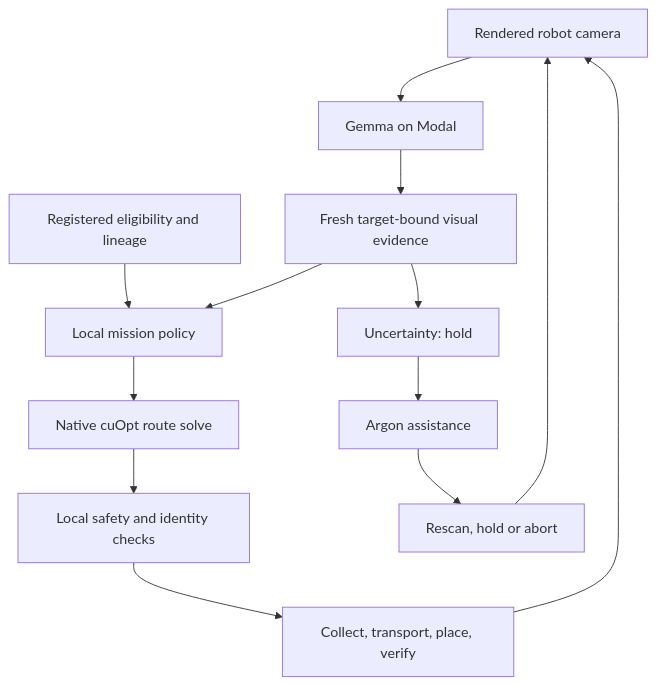
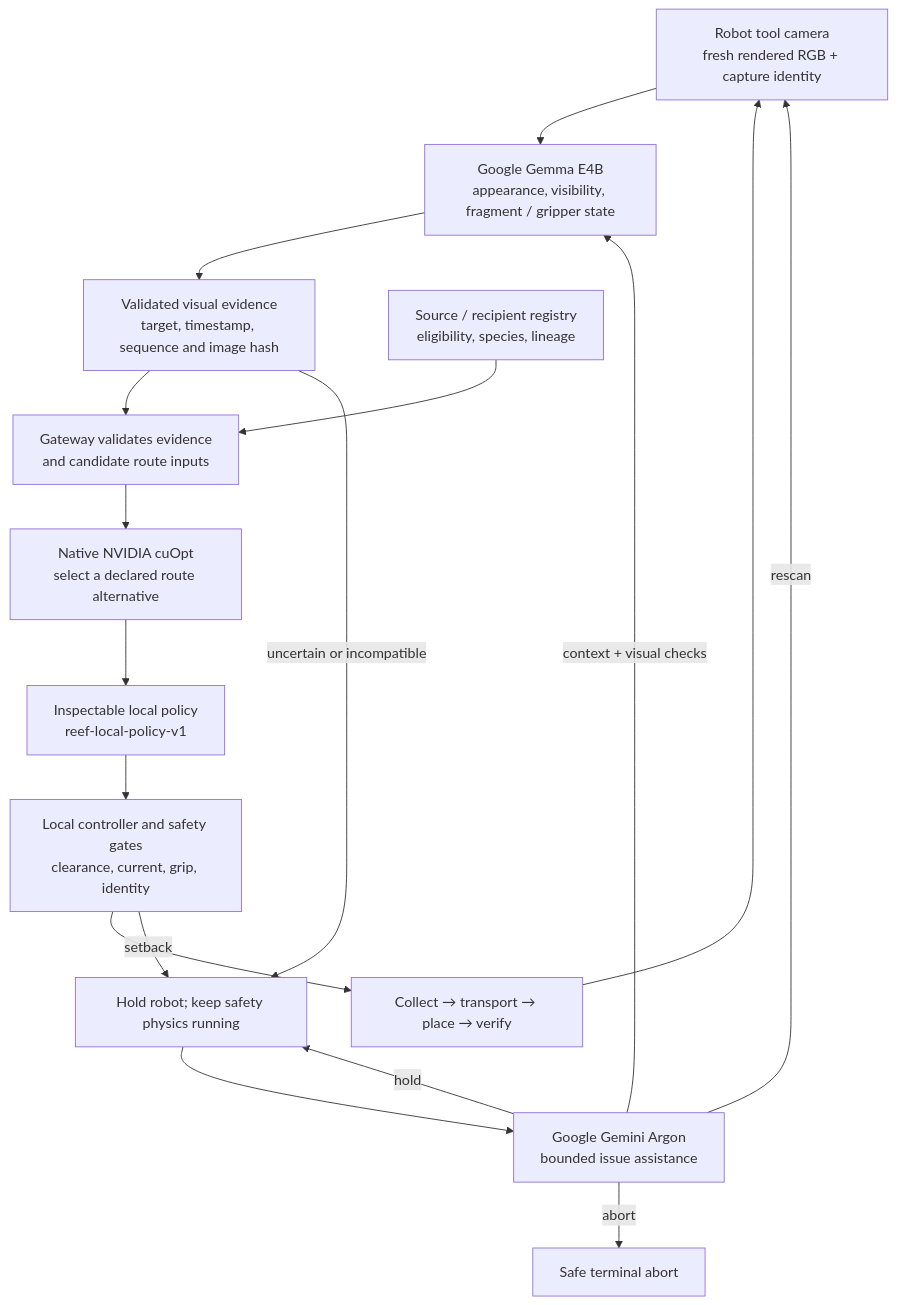
Before and after one commit to tara-kas/great-barrier-defenders: the diagram in README.md, drawn with Mermaid. The commit also changed other lines of this file and 63 other files, not shown here.

````diff
--- a/README.md
+++ b/README.md
@@ -29,15 +31,19 @@
 ```mermaid
 flowchart TD
-  Camera[Rendered robot camera] --> Gemma[Gemma on Modal]
-  Gemma --> Evidence[Fresh target-bound visual evidence]
-  Registry[Registered eligibility and lineage] --> Policy[Local mission policy]
-  Evidence --> Policy
-  Policy --> Routes[Native cuOpt route solve]
-  Routes --> Guards[Local safety and identity checks]
-  Guards --> Action[Collect, transport, place, verify]
+  Camera["Robot tool camera<br/>fresh rendered RGB + capture identity"] --> Gemma["Google Gemma E4B<br/>appearance, visibility, fragment / gripper state"]
+  Gemma --> Evidence["Validated visual evidence<br/>target, timestamp, sequence and image hash"]
+  Registry["Source / recipient registry<br/>eligibility, species, lineage"] --> Gateway["Gateway validates evidence<br/>and candidate route inputs"]
+  Evidence --> Gateway
+  Gateway --> CuOpt["Native NVIDIA cuOpt<br/>select a declared route alternative"]
+  CuOpt --> Policy["Inspectable local policy<br/>reef-local-policy-v1"]
+  Policy --> Safety["Local controller and safety gates<br/>clearance, current, grip, identity"]
+  Safety --> Action["Collect → transport → place → verify"]
   Action --> Camera
-  Evidence --> Hold[Uncertainty: hold]
-  Hold --> Argon[Argon assistance]
-  Argon --> Advice[Rescan, hold or abort]
-  Advice --> Camera
+  Evidence -->|"uncertain or incompatible"| Hold["Hold robot; keep safety physics running"]
+  Safety -->|"setback"| Hold
+  Hold --> Argon["Google Gemini Argon<br/>bounded issue assistance"]
+  Argon -->|"context + visual checks"| Gemma
+  Argon -->|"rescan"| Camera
+  Argon -->|"hold"| Hold
+  Argon -->|"abort"| Abort["Safe terminal abort"]
 ```
````
